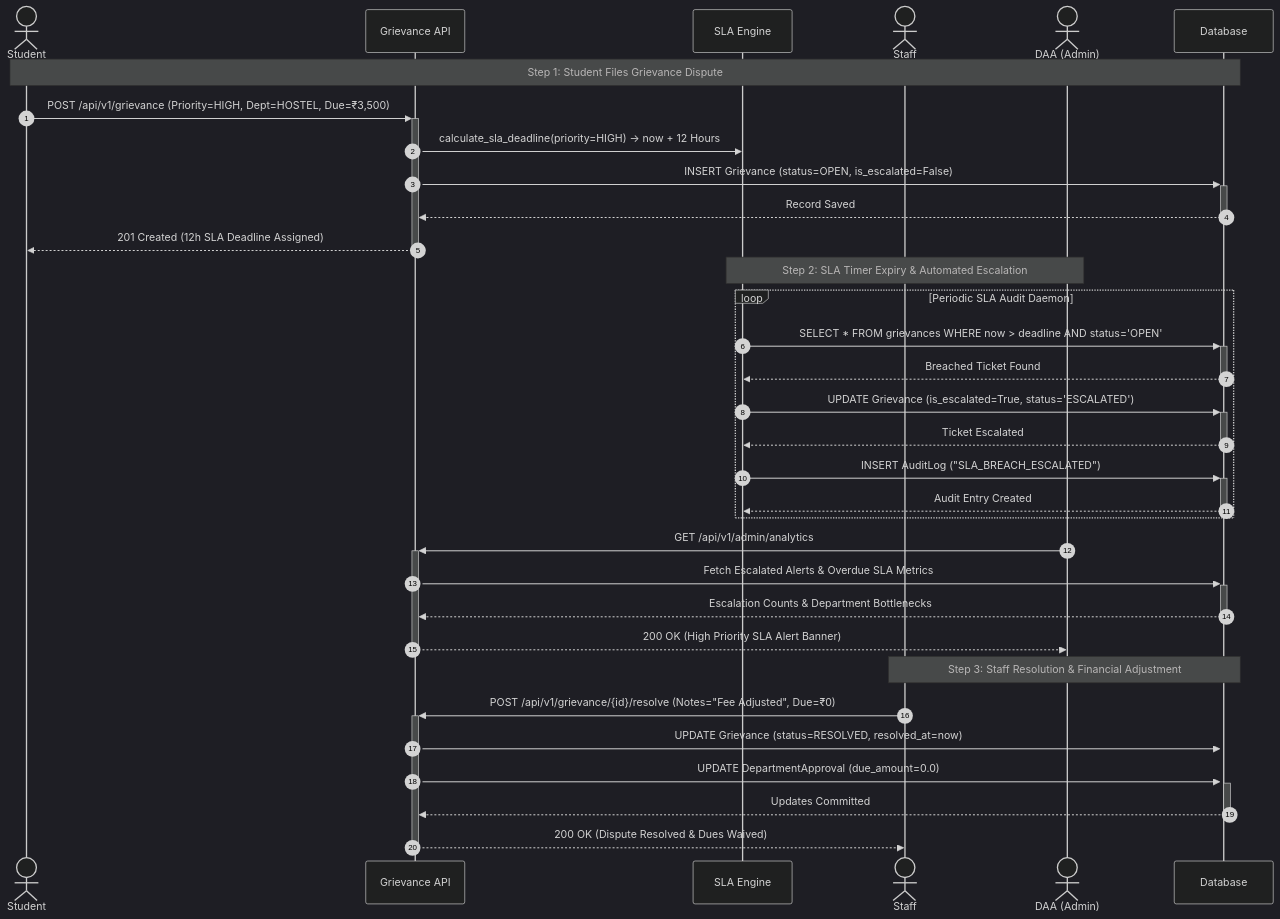
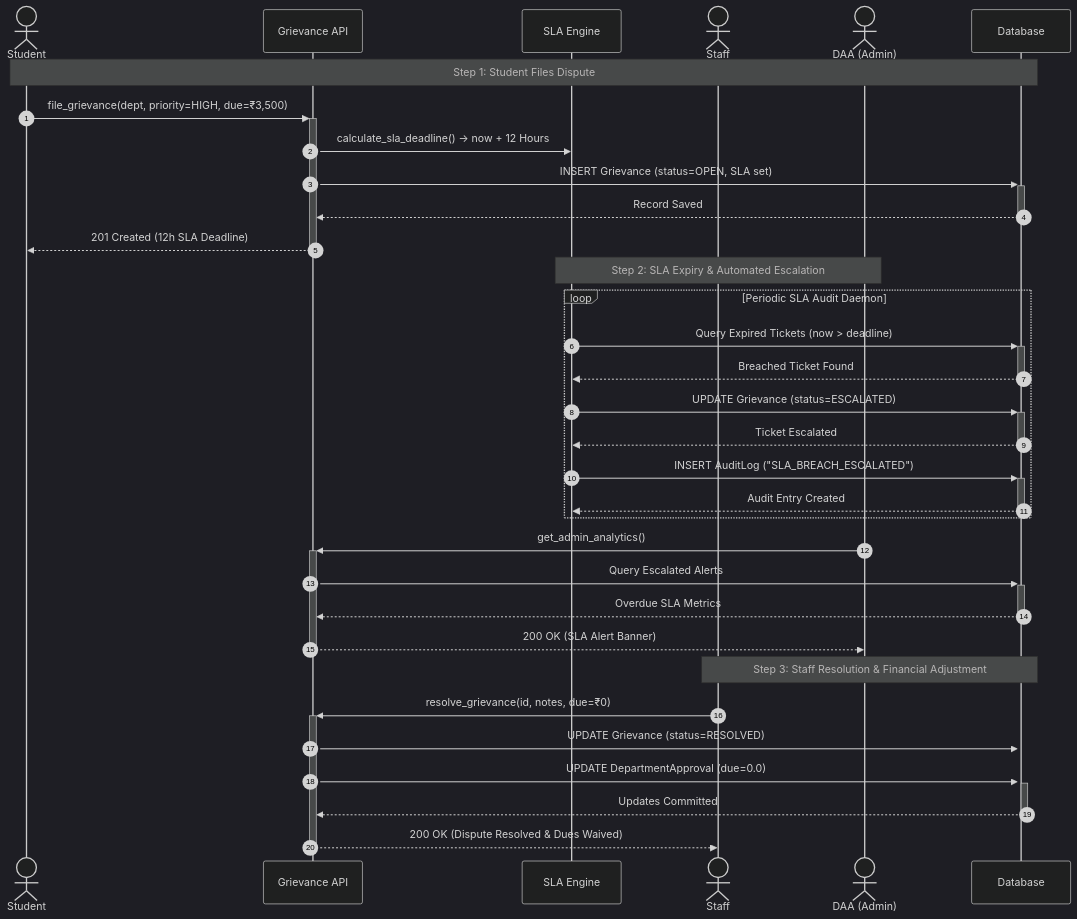
One commit to rags-git/clearance-automation-engine changed the sixth of 9 diagrams in docs/UML_DIAGRAMS.md. Above: the diagram before and after it, drawn with Mermaid (dark theme). The commit also changed other lines of this file and 2 other files, not shown here.

Commit message:
docs(uml): optimize Sequence Diagrams 4.1, 4.2, and 4.3 for direct readability without zooming

````diff
--- a/docs/UML_DIAGRAMS.md
+++ b/docs/UML_DIAGRAMS.md
@@ -395,42 +399,39 @@
 ```mermaid
 sequenceDiagram
     autonumber
     actor Student as Student
     participant API as Grievance API
     participant SLA as SLA Engine
     actor Staff as Staff
     actor DAA as DAA (Admin)
     participant DB as Database
 
-    %% Filing
-    Note over Student, DB: Step 1: Student Files Grievance Dispute
-    Student->>+API: POST /api/v1/grievance (Priority=HIGH, Dept=HOSTEL, Due=₹3,500)
-    API->>SLA: calculate_sla_deadline(priority=HIGH) -> now + 12 Hours
-    API->>+DB: INSERT Grievance (status=OPEN, is_escalated=False)
+    Note over Student, DB: Step 1: Student Files Dispute
+    Student->>+API: file_grievance(dept, priority=HIGH, due=₹3,500)
+    API->>SLA: calculate_sla_deadline() -> now + 12 Hours
+    API->>+DB: INSERT Grievance (status=OPEN, SLA set)
     DB-->>-API: Record Saved
-    API-->>-Student: 201 Created (12h SLA Deadline Assigned)
+    API-->>-Student: 201 Created (12h SLA Deadline)
 
-    %% SLA Breach Loop
-    Note over SLA, DAA: Step 2: SLA Timer Expiry & Automated Escalation
+    Note over SLA, DAA: Step 2: SLA Expiry & Automated Escalation
     loop Periodic SLA Audit Daemon
-        SLA->>+DB: SELECT * FROM grievances WHERE now > deadline AND status='OPEN'
+        SLA->>+DB: Query Expired Tickets (now > deadline)
         DB-->>-SLA: Breached Ticket Found
-        SLA->>+DB: UPDATE Grievance (is_escalated=True, status='ESCALATED')
+        SLA->>+DB: UPDATE Grievance (status=ESCALATED)
         DB-->>-SLA: Ticket Escalated
         SLA->>+DB: INSERT AuditLog ("SLA_BREACH_ESCALATED")
         DB-->>-SLA: Audit Entry Created
     end
 
-    DAA->>+API: GET /api/v1/admin/analytics
-    API->>+DB: Fetch Escalated Alerts & Overdue SLA Metrics
-    DB-->>-API: Escalation Counts & Department Bottlenecks
-    API-->>-DAA: 200 OK (High Priority SLA Alert Banner)
+    DAA->>+API: get_admin_analytics()
+    API->>+DB: Query Escalated Alerts
+    DB-->>-API: Overdue SLA Metrics
+    API-->>-DAA: 200 OK (SLA Alert Banner)
 
-    %% Resolution
     Note over Staff, DB: Step 3: Staff Resolution & Financial Adjustment
-    Staff->>+API: POST /api/v1/grievance/{id}/resolve (Notes="Fee Adjusted", Due=₹0)
-    API->>+DB: UPDATE Grievance (status=RESOLVED, resolved_at=now)
-    API->>+DB: UPDATE DepartmentApproval (due_amount=0.0)
+    Staff->>+API: resolve_grievance(id, notes, due=₹0)
+    API->>+DB: UPDATE Grievance (status=RESOLVED)
+    API->>+DB: UPDATE DepartmentApproval (due=0.0)
     DB-->>-API: Updates Committed
     API-->>-Staff: 200 OK (Dispute Resolved & Dues Waived)
 ```
````
